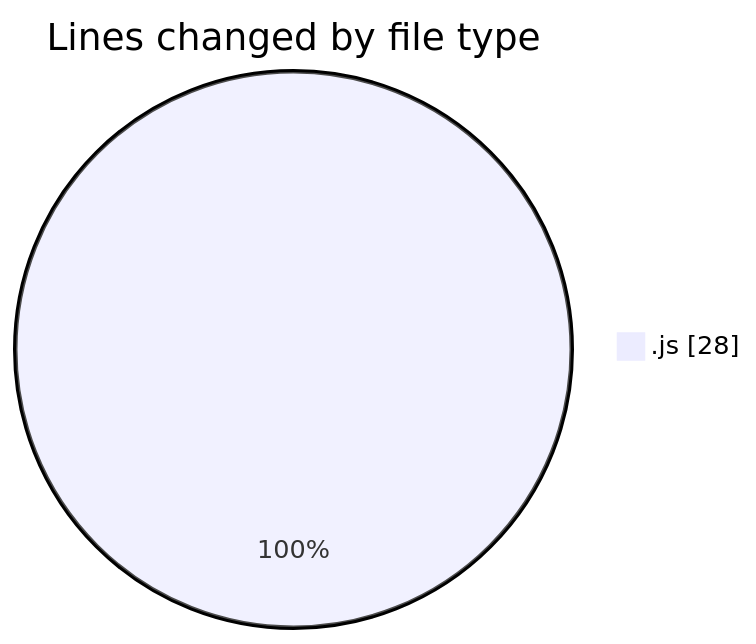
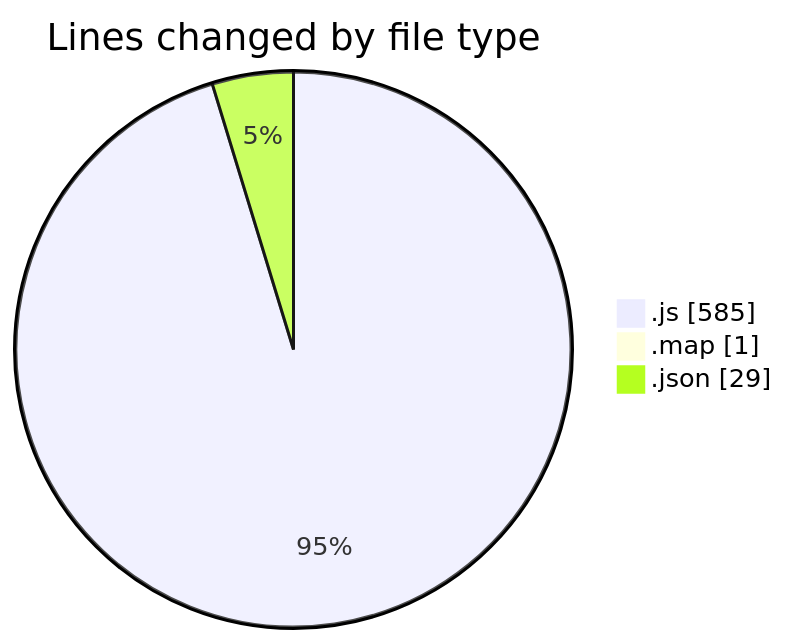
The first of 2 diagrams in 2025-10-14/accounting-master/README.md (nxtqubesakshisongat/code-tracking), drawn with Mermaid before and after one commit. The commit also changed other lines of this file and 1 other file, not shown here.

````diff
--- a/2025-10-14/accounting-master/README.md
+++ b/2025-10-14/accounting-master/README.md
@@ -20,5 +30,7 @@
 ```mermaid
 pie showData
 title Lines changed by file type
-".js" : 28
+".js" : 585
+".map" : 1
+".json" : 29
 ```
````
